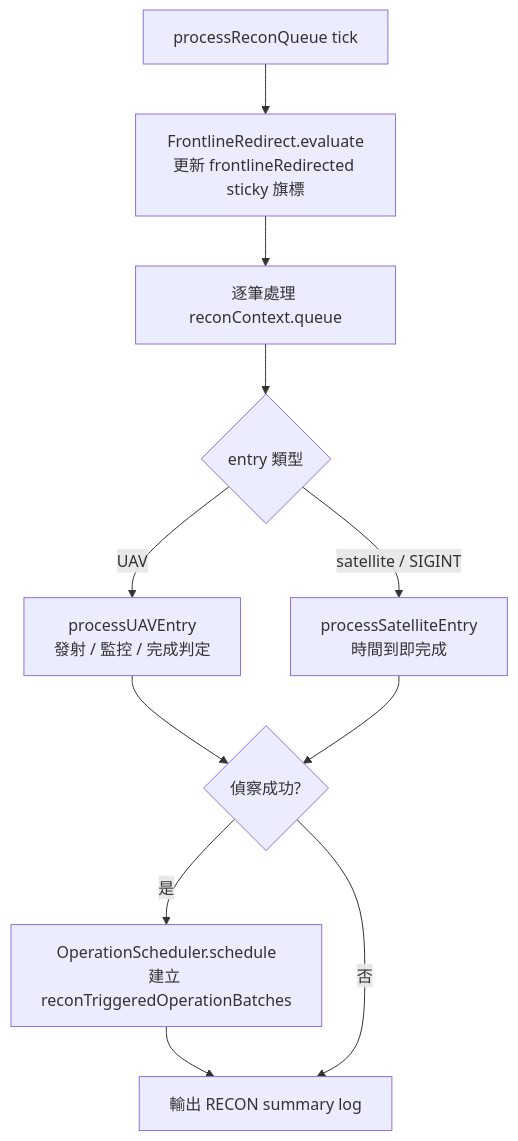
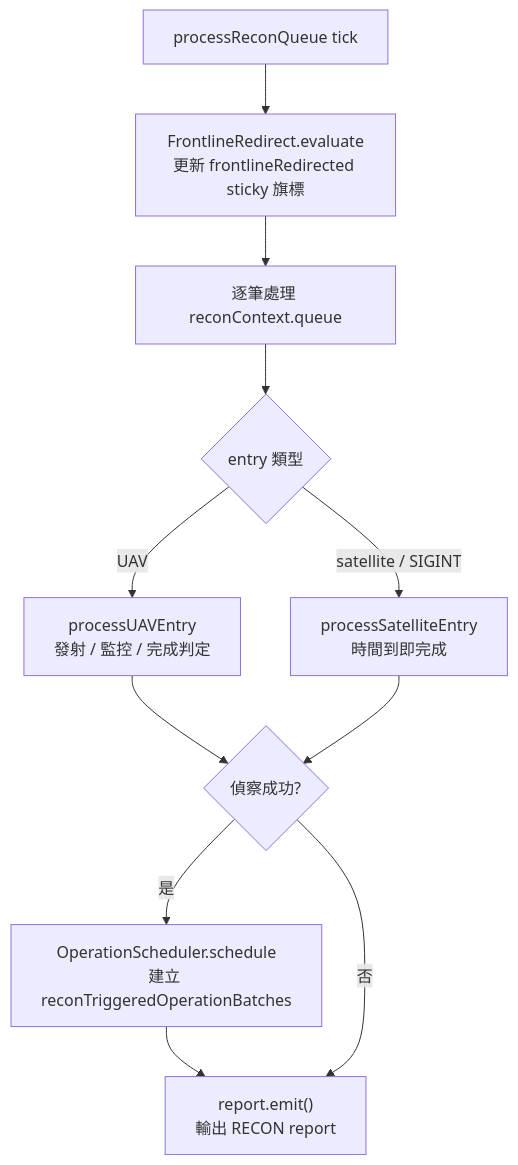
One commit to pullupjumper/formosa-in-flames changed the second of 3 diagrams in docs/strikePlanner/recon.md. Above: the diagram before and after it, drawn with Mermaid. The commit also changed 58 other files, not shown here.

````diff
--- a/docs/strikePlanner/recon.md
+++ b/docs/strikePlanner/recon.md
@@ -86,18 +86,18 @@
 ```mermaid
 flowchart TD
     TICK["processReconQueue tick"]
     REDIRECT["FrontlineRedirect.evaluate<br>更新 frontlineRedirected sticky 旗標"]
     LOOP["逐筆處理 reconContext.queue"]
     ENTRY{"entry 類型"}
     UAV["processUAVEntry<br>發射 / 監控 / 完成判定"]
     SAT["processSatelliteEntry<br>時間到即完成"]
     SUCCESS{"偵察成功?"}
     SCHED["OperationScheduler.schedule<br>建立 reconTriggeredOperationBatches"]
-    LOG["輸出 RECON summary log"]
+    LOG["report.emit()<br>輸出 RECON report"]
 
     TICK --> REDIRECT --> LOOP --> ENTRY
     ENTRY -->|UAV| UAV --> SUCCESS
     ENTRY -->|satellite / SIGINT| SAT --> SUCCESS
     SUCCESS -->|是| SCHED --> LOG
     SUCCESS -->|否| LOG
 ```
````
